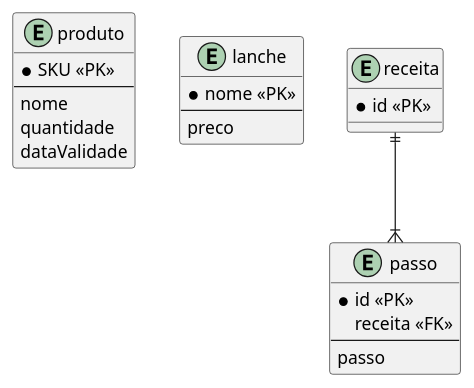
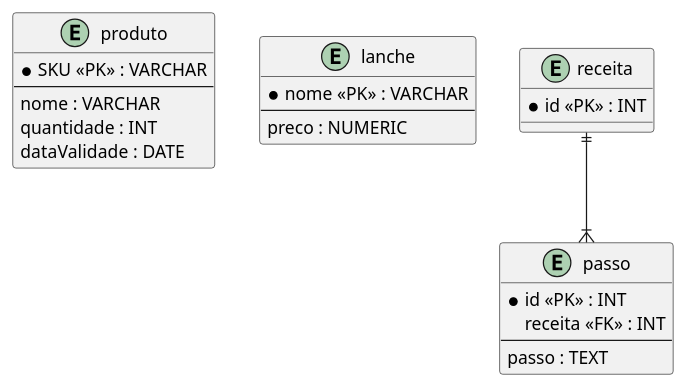
One commit to galaticghost/NovaGuieqKlarrind changed the diagram in modelagem/daesquina2.wsd. Above: the diagram before and after it, drawn with PlantUML. The commit also changed 3 other files, not shown here.

```diff
--- a/modelagem/daesquina2.wsd
+++ b/modelagem/daesquina2.wsd
@@ -1,31 +1,30 @@
 @startuml holo
 
 entity produto{
-    *SKU <<PK>>
+    *SKU <<PK>> : VARCHAR
     --
-    nome
-    quantidade
-    dataValidade
+    nome : VARCHAR
+    quantidade : INT
+    dataValidade : DATE
 }
 
 entity lanche{
-    *nome <<PK>>
+    *nome <<PK>> : VARCHAR
     --
-    preco
+    preco : NUMERIC
 }
 
 entity receita{
-    *id <<PK>>
-        
+    *id <<PK>> : INT
 }
 
 entity passo{
-    *id <<PK>>
-    receita <<FK>>
+    *id <<PK>> : INT
+    receita <<FK>> : INT
     --
-    passo
+    passo : TEXT
 }
 
 receita ||--|{ passo
 
 @enduml
```
